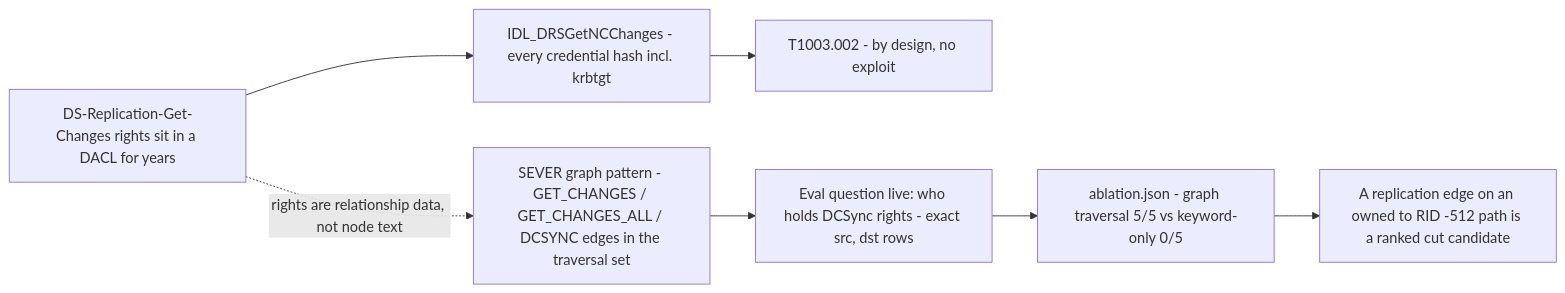
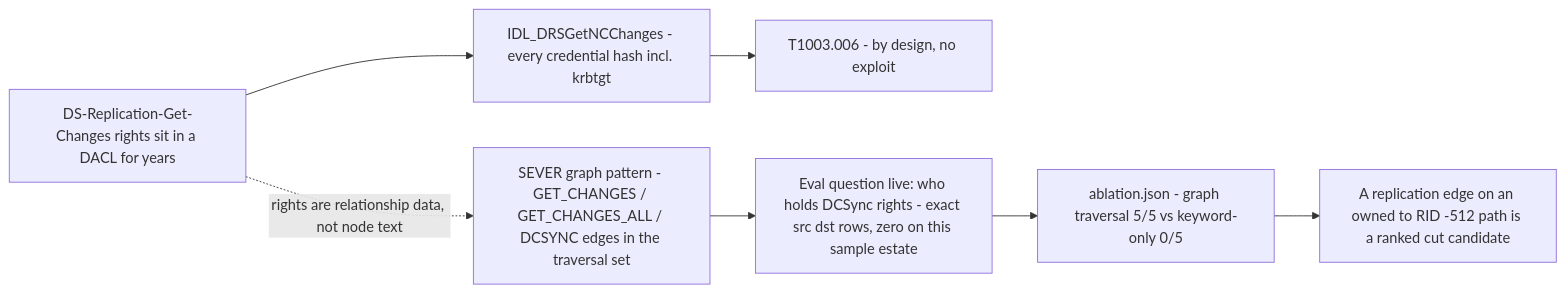
The fifth of 7 diagrams in docs/INCIDENTS.md (choksi2212/wemakedevs-hack), drawn with Mermaid before and after one commit. The commit also changed other lines of this file and 1 other file, not shown here.

First line of the commit message:
docs(incidents+blog): DCSync ATT&CK id fixed, receipt-true ablation claims, shortestPath claim rewritten — closes H7, X26, X27, H5

````diff
--- a/docs/INCIDENTS.md
+++ b/docs/INCIDENTS.md
@@ -150,9 +152,9 @@
 ```mermaid
 flowchart LR
     A["DS-Replication-Get-Changes rights sit in a DACL for years"] --> B["IDL_DRSGetNCChanges - every credential hash incl. krbtgt"]
-    B --> C["T1003.002 - by design, no exploit"]
+    B --> C["T1003.006 - by design, no exploit"]
     A -.->|"rights are relationship data, not node text"| S1["SEVER graph pattern - GET_CHANGES / GET_CHANGES_ALL / DCSYNC edges in the traversal set"]
-    S1 --> S2["Eval question live: who holds DCSync rights - exact src, dst rows"]
+    S1 --> S2["Eval question live: who holds DCSync rights - exact src dst rows, zero on this sample estate"]
     S2 --> S3["ablation.json - graph traversal 5/5 vs keyword-only 0/5"]
     S3 --> S4["A replication edge on an owned to RID -512 path is a ranked cut candidate"]
 ```
````
